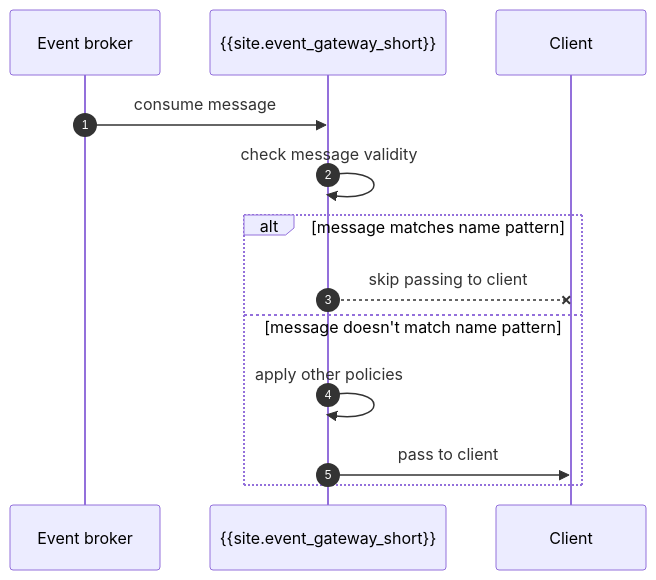
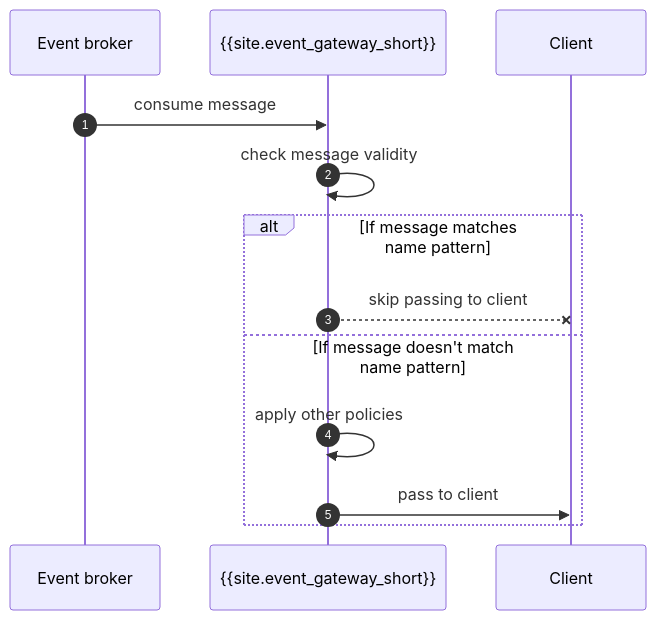
The diagram in app/_event_gateway_policies/skip-record/index.md (Kong/developer.konghq.com), drawn with Mermaid before and after one commit. The commit also changed 10 other files, not shown here.

Commit message:
add 'if' to alt/opt in mermaid diagrams

```diff
--- a/app/_event_gateway_policies/skip-record/index.md
+++ b/app/_event_gateway_policies/skip-record/index.md
@@ -65,22 +65,22 @@
 {% mermaid %}
 sequenceDiagram
   autonumber
   participant broker as Event broker
   participant egw as {{site.event_gateway_short}}
   participant client as Client
 
 
   broker->>egw: consume message
   egw->>egw: check message validity
   
-  alt message matches name pattern
+  alt If message matches <br> name pattern
 
   egw--xclient: skip passing to client
 
-  else message doesn't match name pattern
+  else If message doesn't match <br> name pattern
   egw ->> egw: apply other policies
   egw->>client: pass to client
 
   end
 
 {% endmermaid %}
```
